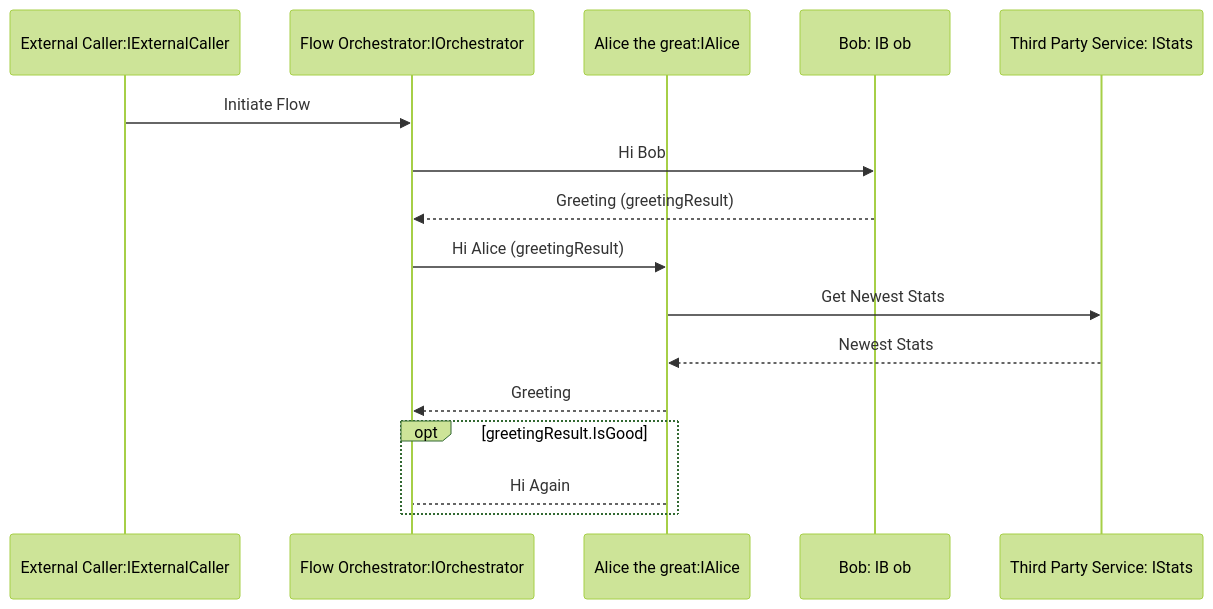
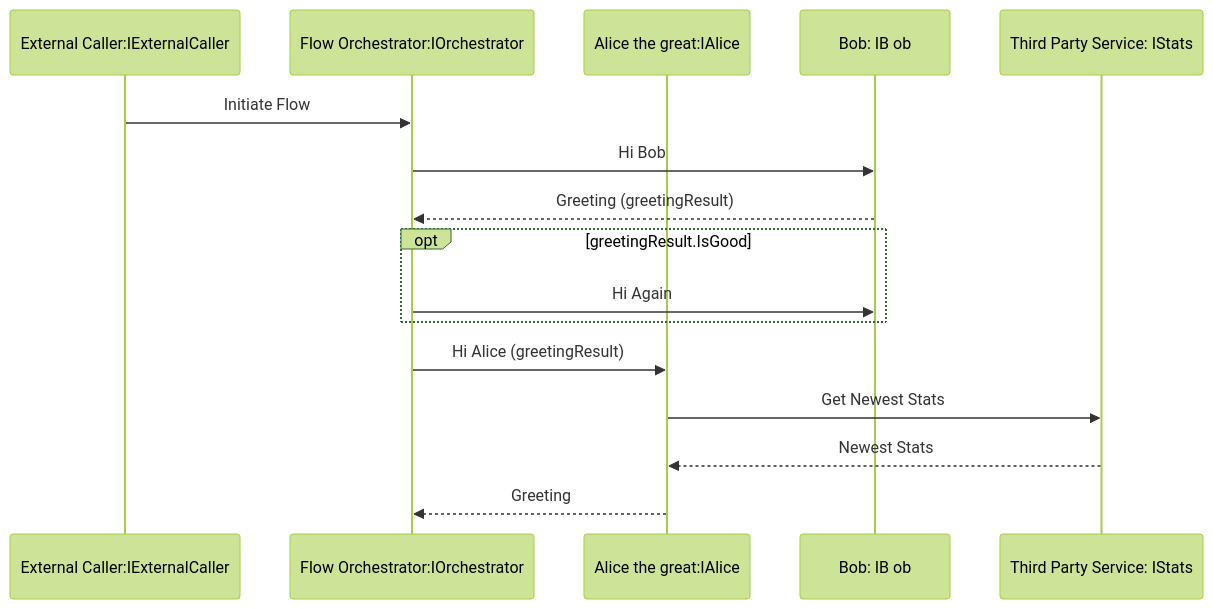
The diagram in src/SequenceSourceGenerator/Puppy.SequenceSourceGenerator/Puppy.SequenceSourceGenerator.Tests/sample-flow.md (TheJuanitoLearnsShow/PuppyGeneratorFromDiagrams), drawn with Mermaid (forest theme) before and after one commit. The commit also changed 3 other files, not shown here.

````diff
--- a/src/SequenceSourceGenerator/Puppy.SequenceSourceGenerator/Puppy.SequenceSourceGenerator.Tests/sample-flow.md
+++ b/src/SequenceSourceGenerator/Puppy.SequenceSourceGenerator/Puppy.SequenceSourceGenerator.Tests/sample-flow.md
@@ -2,18 +2,18 @@
 ```mermaid
 sequenceDiagram
     participant api as External Caller:IExternalCaller
     participant o as Flow Orchestrator:IOrchestrator
     participant a as Alice the great:IAlice
     participant b as Bob: IB ob
     participant t as Third Party Service: IStats
     api->>o: Initiate Flow
     o->>b: Hi Bob
     b-->>o: Greeting (greetingResult)
+    opt greetingResult.IsGood
+        o->>b: Hi Again
+    end
     o->>a: Hi Alice (greetingResult)
     a->>t: Get Newest Stats
     t-->>a: Newest Stats
     a-->>o: Greeting
-    opt greetingResult.IsGood
-        a-->o: Hi Again
-    end
 ```
````
